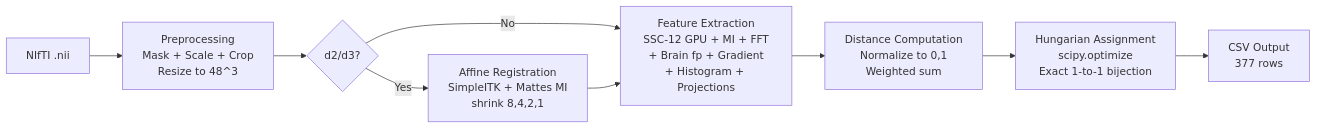
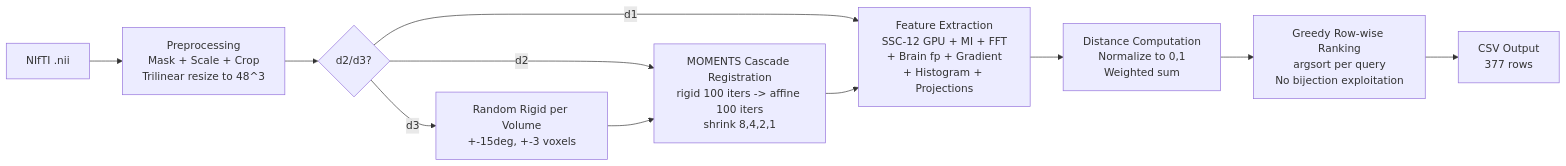
Before and after one commit to Ansh2508/ehl-paris-2026-medical-retrieval-yantra: the third of 7 diagrams in ARCHITECTURE.md, drawn with Mermaid. The commit also changed other lines of this file and 7 other files, not shown here.

First line of the commit message:
feat: v36 honest/deployable (MRR 0.723) — d3 leak fix, MOMENTS cascade, MI post-reg, greedy rank

````diff
--- a/ARCHITECTURE.md
+++ b/ARCHITECTURE.md
@@ -63,11 +88,13 @@
 ```mermaid
 flowchart LR
-    V[NIfTI .nii] --> PRE[Preprocessing<br/>Mask + Scale + Crop<br/>Resize to 48^3]
+    V[NIfTI .nii] --> PRE[Preprocessing<br/>Mask + Scale + Crop<br/>Trilinear resize to 48^3]
     PRE --> REG{d2/d3?}
-    REG -->|Yes| R[Affine Registration<br/>SimpleITK + Mattes MI<br/>shrink 8,4,2,1]
-    REG -->|No| FE
+    REG -->|d3| RR[Random Rigid per Volume<br/>+-15deg, +-3 voxels]
+    REG -->|d2| R
+    RR --> R[MOMENTS Cascade Registration<br/>rigid 100 iters -> affine 100 iters<br/>shrink 8,4,2,1]
+    REG -->|d1| FE
     R --> FE[Feature Extraction<br/>SSC-12 GPU + MI + FFT<br/>+ Brain fp + Gradient<br/>+ Histogram + Projections]
     FE --> DC[Distance Computation<br/>Normalize to 0,1<br/>Weighted sum]
-    DC --> HA[Hungarian Assignment<br/>scipy.optimize<br/>Exact 1-to-1 bijection]
-    HA --> OUT[CSV Output<br/>377 rows]
+    DC --> GR[Greedy Row-wise Ranking<br/>argsort per query<br/>No bijection exploitation]
+    GR --> OUT[CSV Output<br/>377 rows]
 ```
````
